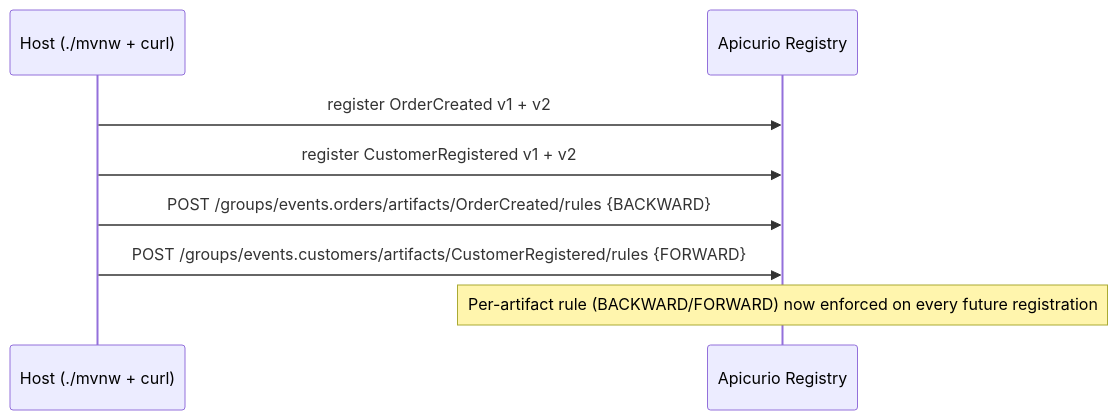
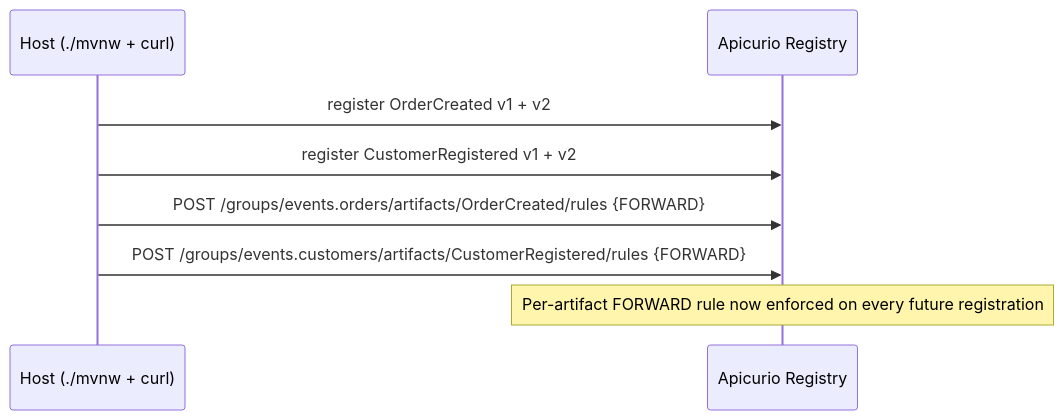
The eighth of 9 diagrams in docs/TECHNICAL-REPORT.md (anarefin/schema-registry-demo), drawn with Mermaid before and after one commit. The commit also changed other lines of this file and 29 other files, not shown here.

````diff
--- a/docs/TECHNICAL-REPORT.md
+++ b/docs/TECHNICAL-REPORT.md
@@ -506,11 +497,11 @@
 ```mermaid
 sequenceDiagram
     participant DEV as Host (./mvnw + curl)
     participant AP as Apicurio Registry
 
     DEV->>AP: register OrderCreated v1 + v2
     DEV->>AP: register CustomerRegistered v1 + v2
-    DEV->>AP: POST /groups/events.orders/artifacts/OrderCreated/rules {BACKWARD}
+    DEV->>AP: POST /groups/events.orders/artifacts/OrderCreated/rules {FORWARD}
     DEV->>AP: POST /groups/events.customers/artifacts/CustomerRegistered/rules {FORWARD}
-    Note over AP: Per-artifact rule (BACKWARD/FORWARD) now enforced on every future registration
+    Note over AP: Per-artifact FORWARD rule now enforced on every future registration
 ```
````
